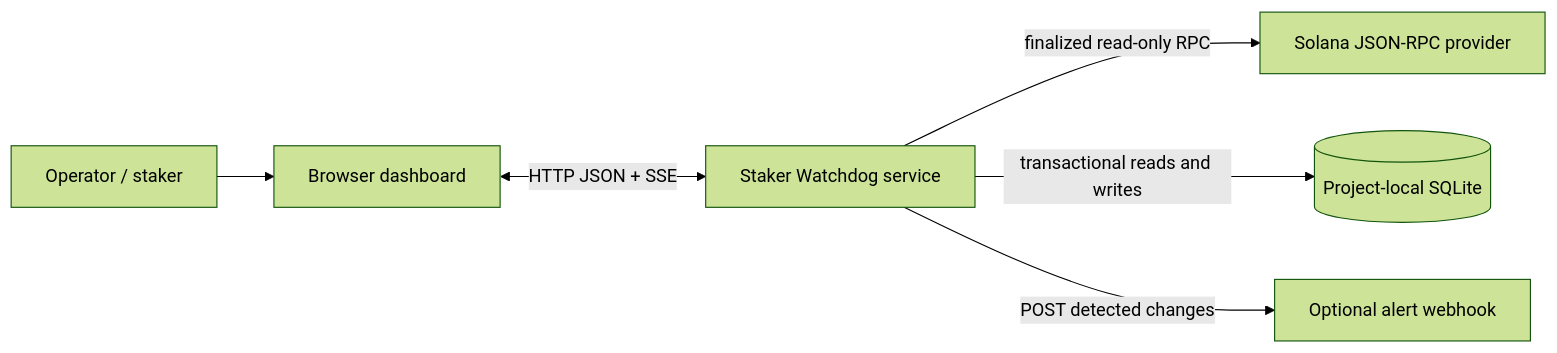
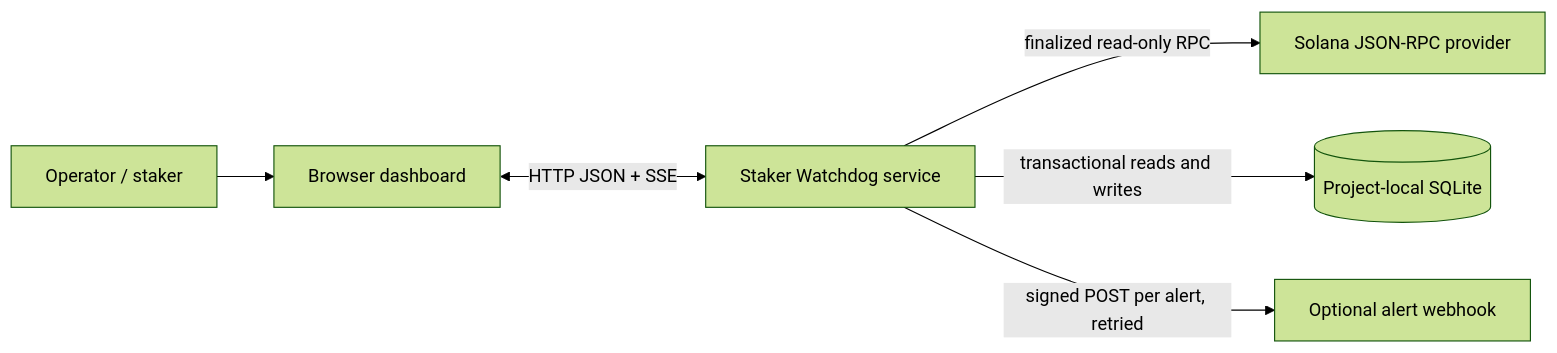
The first of 4 diagrams in docs/ARCHITECTURE.md (secur3shell-ship-it/staker-watchdog), drawn with Mermaid (forest theme) before and after one commit. The commit also changed other lines of this file and 37 other files, not shown here.

````diff
--- a/docs/ARCHITECTURE.md
+++ b/docs/ARCHITECTURE.md
@@ -11,15 +11,15 @@
 ```mermaid
 flowchart LR
     operator[Operator / staker]
     browser[Browser dashboard]
     service[Staker Watchdog service]
     rpc[Solana JSON-RPC provider]
     sqlite[(Project-local SQLite)]
     webhook[Optional alert webhook]
 
     operator --> browser
     browser <-->|HTTP JSON + SSE| service
     service -->|finalized read-only RPC| rpc
     service -->|transactional reads and writes| sqlite
-    service -->|POST detected changes| webhook
+    service -->|signed POST per alert, retried| webhook
 ```
````
